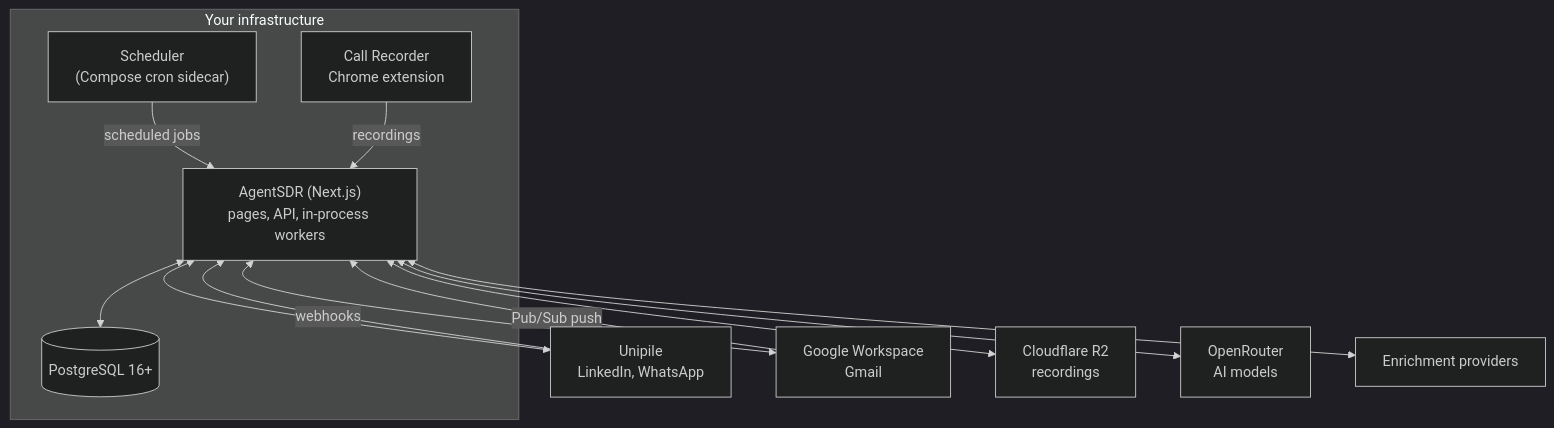
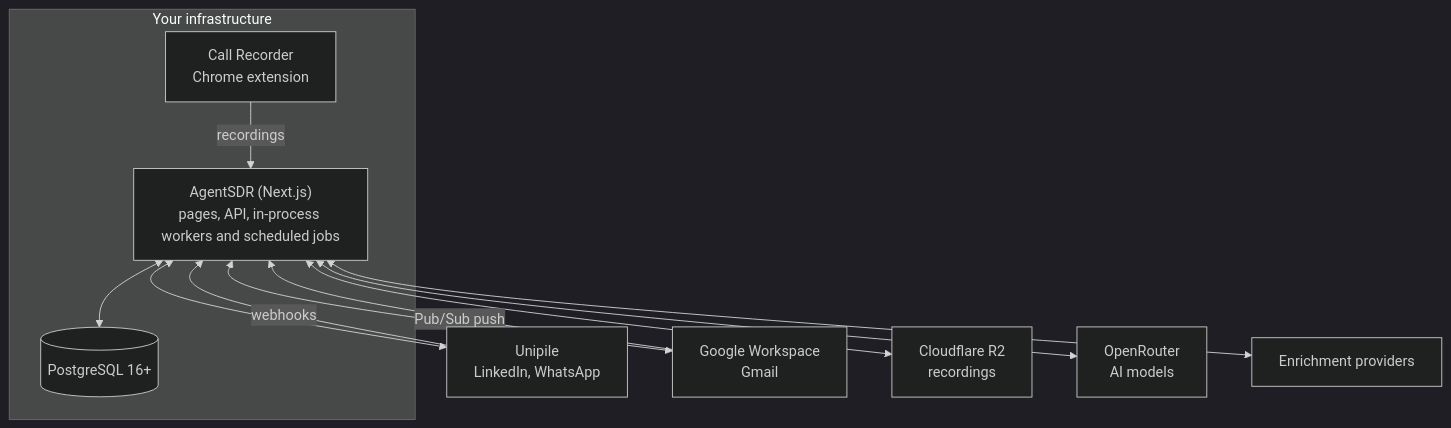
The second of 2 diagrams in README.md (Kandid-ai/AgentSDR), drawn with Mermaid (dark theme) before and after one commit. The commit also changed other lines of this file and 64 other files, not shown here.

First line of the commit message:
Scheduled jobs run inside the app; the schema is created on start

````diff
--- a/README.md
+++ b/README.md
@@ -217,19 +217,17 @@
 ```mermaid
 flowchart TB
     subgraph You["Your infrastructure"]
-        App["AgentSDR (Next.js)<br/>pages, API, in-process workers"]
+        App["AgentSDR (Next.js)<br/>pages, API, in-process workers and scheduled jobs"]
         DB[("PostgreSQL 16+")]
-        Cron["Scheduler<br/>(Compose cron sidecar)"]
         Ext["Call Recorder<br/>Chrome extension"]
     end
     App <--> DB
-    Cron -- "scheduled jobs" --> App
     Ext -- "recordings" --> App
     App <--> Unipile["Unipile<br/>LinkedIn, WhatsApp"]
     App <--> Gmail["Google Workspace<br/>Gmail"]
     App <--> R2["Cloudflare R2<br/>recordings"]
     App <--> OR["OpenRouter<br/>AI models"]
     App <--> Enr["Enrichment providers"]
     Unipile -- "webhooks" --> App
     Gmail -- "Pub/Sub push" --> App
 ```
````
